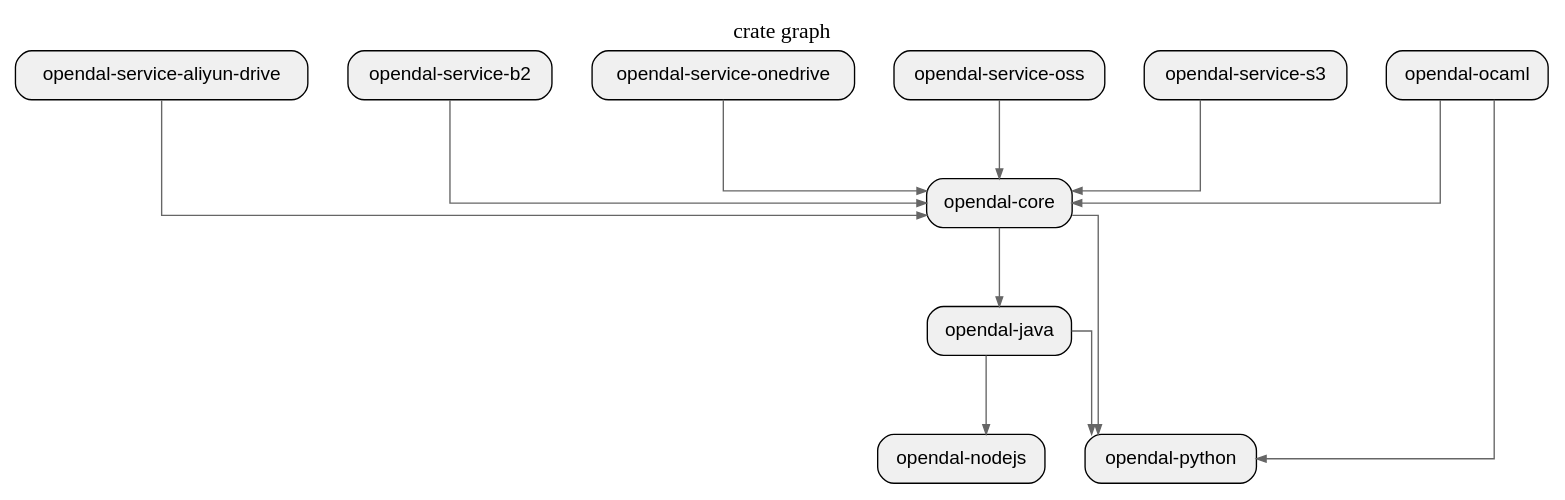
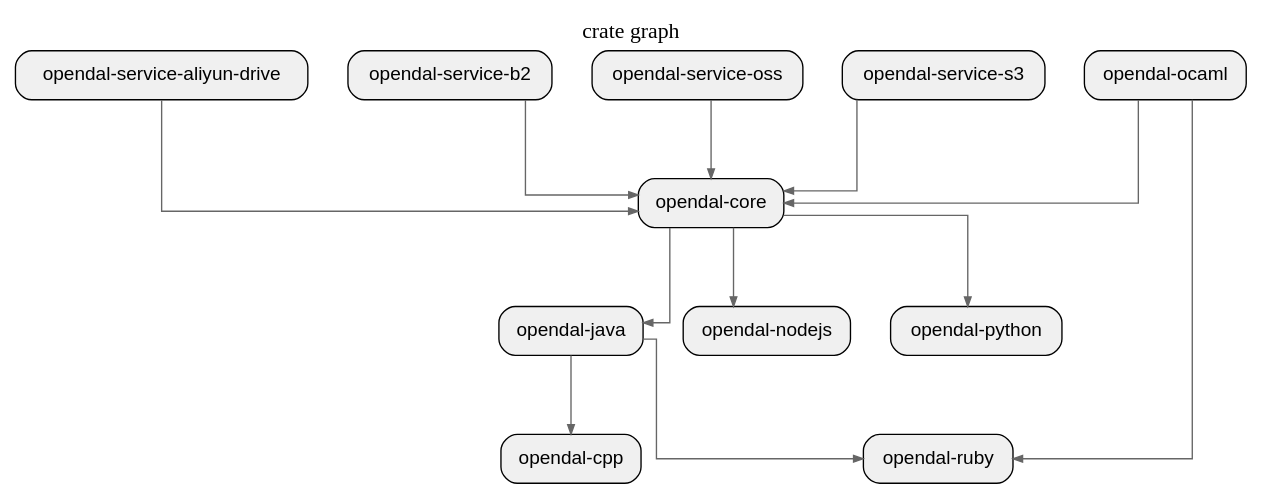
Before and after one commit to allenanswerzq/llmcc: the diagram in sample/opendal-pagerank/depth_1_crate.dot, drawn with Graphviz. The commit also changed 165 other files, not shown here.

```diff
--- a/sample/opendal-pagerank/depth_1_crate.dot
+++ b/sample/opendal-pagerank/depth_1_crate.dot
@@ -1,39 +1,40 @@
 digraph architecture {
   // Layout settings
   rankdir=TB;
   ranksep=0.8;
   nodesep=0.4;
   splines=ortho;
   concentrate=true;
 
   node [shape=box, style="rounded,filled", fillcolor="#f0f0f0", fontname="Helvetica"];
   edge [color="#666666", arrowsize=0.7];
 
   label="crate graph";
   labelloc=t;
   fontsize=16;
   fontname="Helvetica Bold";
 
   crate_opendal_core[label="opendal-core"];
+  crate_opendal_cpp[label="opendal-cpp"];
   crate_opendal_java[label="opendal-java"];
   crate_opendal_nodejs[label="opendal-nodejs"];
   crate_opendal_ocaml[label="opendal-ocaml"];
   crate_opendal_python[label="opendal-python"];
+  crate_opendal_ruby[label="opendal-ruby"];
   crate_opendal_service_aliyun_drive[label="opendal-service-aliyun-drive"];
   crate_opendal_service_b2[label="opendal-service-b2"];
-  crate_opendal_service_onedrive[label="opendal-service-onedrive"];
   crate_opendal_service_oss[label="opendal-service-oss"];
   crate_opendal_service_s3[label="opendal-service-s3"];
 
   crate_opendal_core -> crate_opendal_java;
+  crate_opendal_core -> crate_opendal_nodejs;
   crate_opendal_core -> crate_opendal_python;
-  crate_opendal_java -> crate_opendal_nodejs;
-  crate_opendal_java -> crate_opendal_python;
+  crate_opendal_java -> crate_opendal_cpp;
+  crate_opendal_java -> crate_opendal_ruby;
   crate_opendal_ocaml -> crate_opendal_core;
-  crate_opendal_ocaml -> crate_opendal_python;
+  crate_opendal_ocaml -> crate_opendal_ruby;
   crate_opendal_service_aliyun_drive -> crate_opendal_core;
   crate_opendal_service_b2 -> crate_opendal_core;
-  crate_opendal_service_onedrive -> crate_opendal_core;
   crate_opendal_service_oss -> crate_opendal_core;
   crate_opendal_service_s3 -> crate_opendal_core;
 }
```
